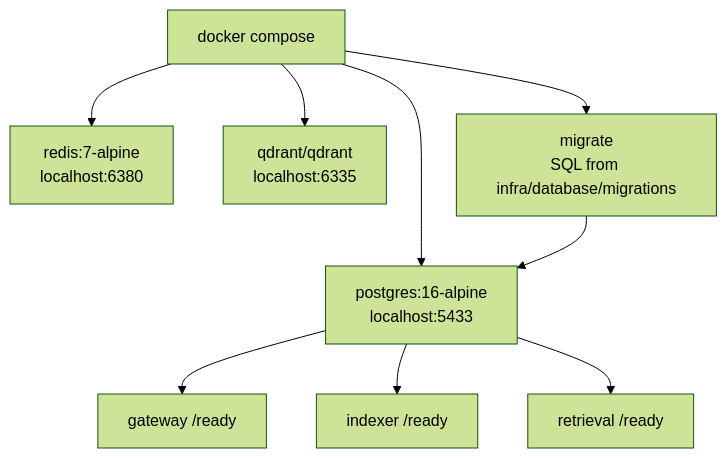
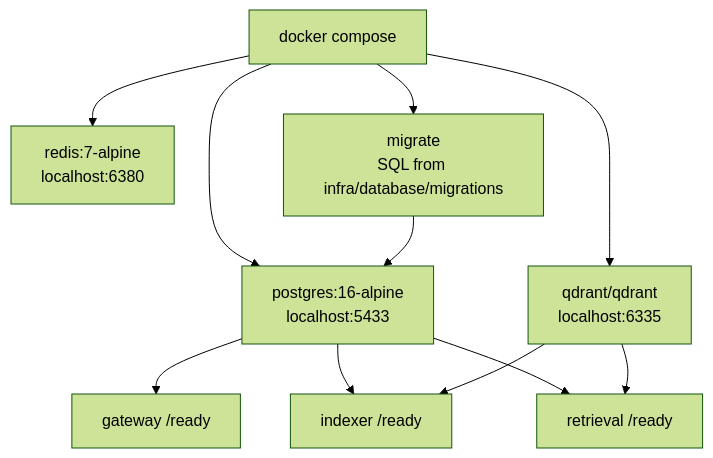
One commit to Hqzdev/Perch changed the second of 2 diagrams in README.md. Above: the diagram before and after it, drawn with Mermaid (forest theme). The commit also changed other lines of this file and 12 other files, not shown here.

````diff
--- a/README.md
+++ b/README.md
@@ -187,11 +195,13 @@
 ```mermaid
 flowchart TB
   Compose["docker compose"] --> Pg["postgres:16-alpine\nlocalhost:5433"]
   Compose --> Rd["redis:7-alpine\nlocalhost:6380"]
   Compose --> Qd["qdrant/qdrant\nlocalhost:6335"]
   Compose --> Migrate["migrate\nSQL from infra/database/migrations"]
   Migrate --> Pg
   Pg --> GatewayReady["gateway /ready"]
   Pg --> IndexerReady["indexer /ready"]
   Pg --> RetrievalReady["retrieval /ready"]
+  Qd --> IndexerReady
+  Qd --> RetrievalReady
 ```
````
